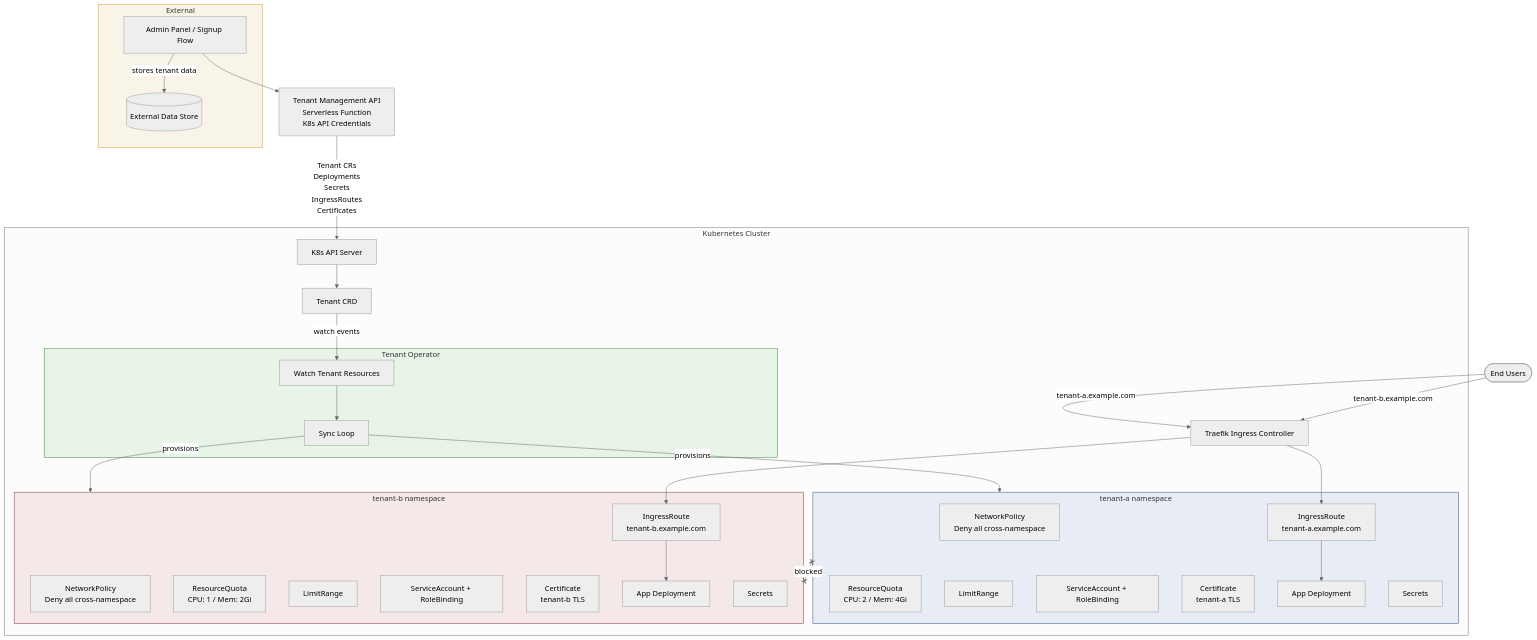
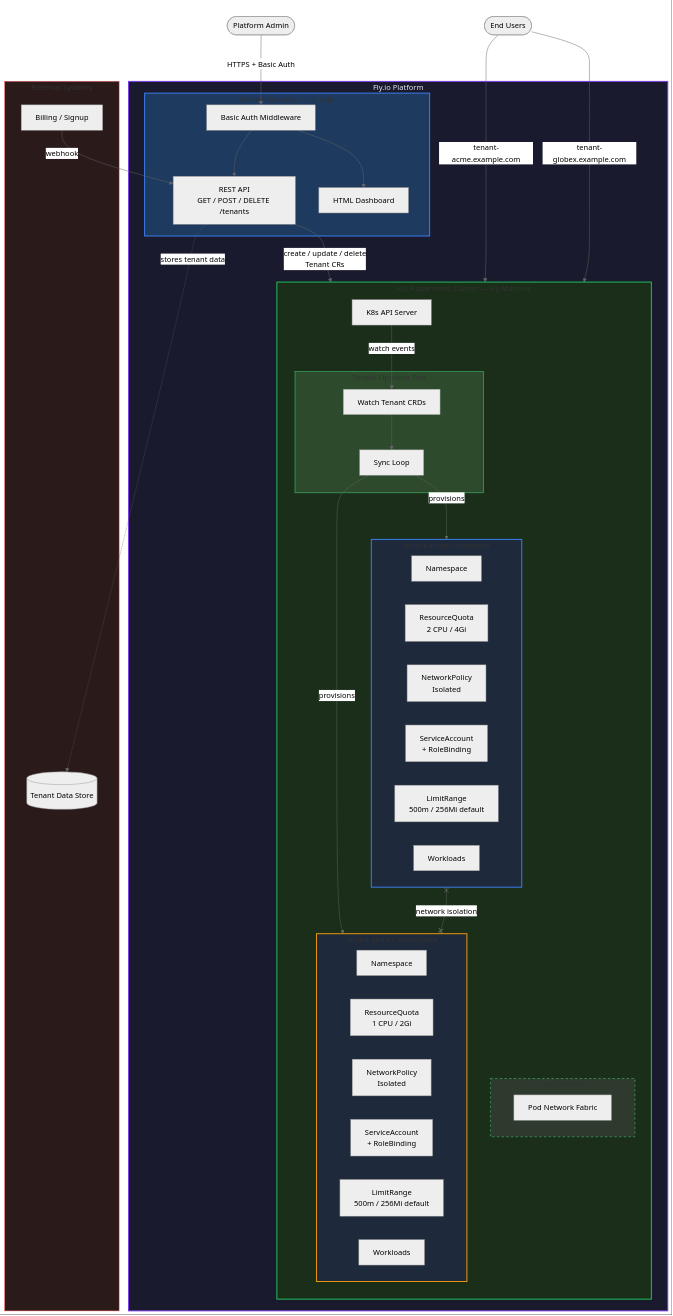
The first of 3 diagrams in docs/tenant-operator.md (geoffsee/fly-k3s), drawn with Mermaid (neutral theme) before and after one commit. The commit also changed other lines of this file, not shown here.

Commit message:
Overhaul tenant operator docs with system, lifecycle, and topology diagrams

````diff
--- a/docs/tenant-operator.md
+++ b/docs/tenant-operator.md
@@ -1,60 +5,82 @@
 ```mermaid
 flowchart TB
-    subgraph External
-        DB[(External Data Store)]
-        Admin[Admin Panel / Signup Flow]
+    subgraph Internet[" "]
+        Users([End Users])
+        AdminUser([Platform Admin])
     end
 
-    subgraph Cluster[Kubernetes Cluster]
-        API[K8s API Server]
-        CRD[Tenant CRD]
-        Traefik[Traefik Ingress Controller]
+    subgraph Fly[Fly.io Platform]
 
-        subgraph Operator[Tenant Operator]
-            Watch[Watch Tenant Resources]
-            Sync[Sync Loop]
+        subgraph Gateway[Tenant Gateway — Fly App]
+            Auth[Basic Auth Middleware]
+            API-GW[REST API\nGET / POST / DELETE /tenants]
+            UI[HTML Dashboard]
         end
 
-        subgraph TenantA[tenant-a namespace]
-            NP-A[NetworkPolicy\nDeny all cross-namespace]
-            RQ-A[ResourceQuota\nCPU: 2 / Mem: 4Gi]
-            LR-A[LimitRange]
-            RBAC-A[ServiceAccount + RoleBinding]
-            IR-A[IngressRoute\ntenant-a.example.com]
-            TLS-A[Certificate\ntenant-a TLS]
-            Deploy-A[App Deployment]
-            Sec-A[Secrets]
-        end
+        subgraph Cluster[k0s Kubernetes Cluster — Fly Machine]
+            direction TB
+            K8S[K8s API Server]
 
-        subgraph TenantB[tenant-b namespace]
-            NP-B[NetworkPolicy\nDeny all cross-namespace]
-            RQ-B[ResourceQuota\nCPU: 1 / Mem: 2Gi]
-            LR-B[LimitRange]
-            RBAC-B[ServiceAccount + RoleBinding]
-            IR-B[IngressRoute\ntenant-b.example.com]
-            TLS-B[Certificate\ntenant-b TLS]
-            Deploy-B[App Deployment]
-            Sec-B[Secrets]
+            subgraph ControlLoop[Tenant Operator Pod]
+                Watch[Watch Tenant CRDs]
+                Sync[Sync Loop]
+            end
+
+            subgraph CNI[Calico VXLAN]
+                NetFabric[Pod Network Fabric]
+            end
+
+            subgraph TenantA[tenant-acme namespace]
+                direction LR
+                NS-A[Namespace]
+                RQ-A[ResourceQuota\n2 CPU / 4Gi]
+                NP-A[NetworkPolicy\nIsolated]
+                RBAC-A[ServiceAccount\n+ RoleBinding]
+                LR-A[LimitRange\n500m / 256Mi default]
+                App-A[Workloads]
+            end
+
+            subgraph TenantB[tenant-globex namespace]
+                direction LR
+                NS-B[Namespace]
+                RQ-B[ResourceQuota\n1 CPU / 2Gi]
+                NP-B[NetworkPolicy\nIsolated]
+                RBAC-B[ServiceAccount\n+ RoleBinding]
+                LR-B[LimitRange\n500m / 256Mi default]
+                App-B[Workloads]
+            end
         end
     end
 
-    Users([End Users]) -->|tenant-a.example.com| Traefik
-    Users -->|tenant-b.example.com| Traefik
-    Traefik --> IR-A --> Deploy-A
-    Traefik --> IR-B --> Deploy-B
+    subgraph Upstream[External Systems]
+        DB[(Tenant Data Store)]
+        Billing[Billing / Signup]
+    end
 
-    Admin -->|stores tenant data| DB
-    Admin --> Fn[Tenant Management API\nServerless Function\nK8s API Credentials] -->|Tenant CRs\nDeployments\nSecrets\nIngressRoutes\nCertificates| API
-    API --> CRD
-    CRD -->|watch events| Watch
+    AdminUser -->|HTTPS + Basic Auth| Auth
+    Auth --> UI
+    Auth --> API-GW
+    API-GW -->|create / update / delete\nTenant CRs| K8S
+    Billing -->|webhook| API-GW
+    API-GW -.->|stores tenant data| DB
+
+    K8S -->|watch events| Watch
     Watch --> Sync
     Sync -->|provisions| TenantA
     Sync -->|provisions| TenantB
 
-    TenantA x--x|blocked| TenantB
+    TenantA x--x|network isolation| TenantB
 
-    style External fill:#f9f4e8,stroke:#d4a017
-    style Operator fill:#e8f4e8,stroke:#2d8a2d
-    style TenantA fill:#e8ecf4,stroke:#2d4a8a
-    style TenantB fill:#f4e8e8,stroke:#8a2d2d
+    Users -->|tenant-acme.example.com| App-A
+    Users -->|tenant-globex.example.com| App-B
+
+    style Internet fill:none,stroke:none
+    style Fly fill:#1a1a2e,stroke:#7c3aed,stroke-width:2px,color:#e2e8f0
+    style Gateway fill:#1e3a5f,stroke:#3b82f6,stroke-width:2px
+    style Cluster fill:#1a2e1a,stroke:#22c55e,stroke-width:2px
+    style ControlLoop fill:#2d4a2d,stroke:#4ade80,stroke-width:1px
+    style CNI fill:#2d3a2d,stroke:#4ade80,stroke-width:1px,stroke-dasharray: 5 5
+    style TenantA fill:#1e293b,stroke:#3b82f6,stroke-width:2px
+    style TenantB fill:#1e293b,stroke:#f59e0b,stroke-width:2px
+    style Upstream fill:#2a1a1a,stroke:#ef4444,stroke-width:1px
 ```
````
